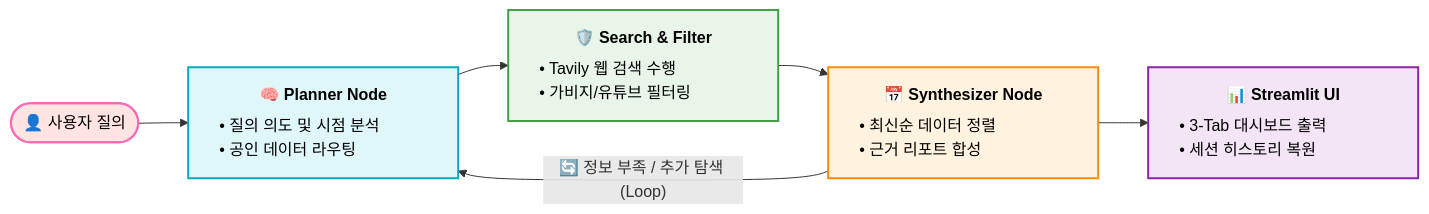
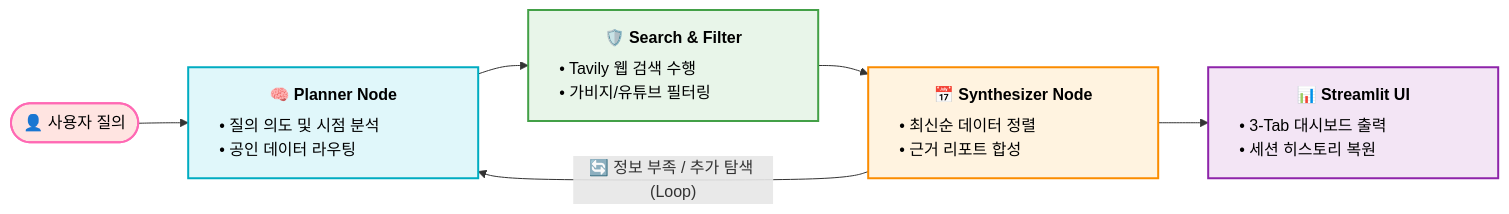
Before and after one commit to sbg990530/Document-Agent: the diagram in README.md, drawn with Mermaid.

````diff
--- a/README.md
+++ b/README.md
@@ -19,27 +19,27 @@
 ```mermaid
 graph LR
     classDef userStyle fill:#FFE4E1,stroke:#FF69B4,stroke-width:2px,color:#000;
     classDef plannerStyle fill:#E0F7FA,stroke:#00ACC1,stroke-width:2px,color:#000;
     classDef filterStyle fill:#E8F5E9,stroke:#43A047,stroke-width:2px,color:#000;
     classDef synthStyle fill:#FFF3E0,stroke:#FB8C00,stroke-width:2px,color:#000;
     classDef uiStyle fill:#F3E5F5,stroke:#8E24AA,stroke-width:2px,color:#000;
 
     A([👤 사용자 질의]):::userStyle 
     
-    B["<table style='min-width: 210px; border-collapse: collapse;'><tr><td align='center'><b>🧠 Planner Node</b></td></tr><tr><td style='border-top: 1px solid #00ACC1; padding-top: 6px; text-align: left;'>• 질의 의도 및 시점 분석<br/>• 공인 데이터 라우팅</td></tr></table>"]:::plannerStyle
+    B["<table style='min-width: 230px; border-collapse: collapse;'><tr><td align='center'><b>🧠 Planner Node</b></td></tr><tr><td style='border-top: 1px solid #00ACC1; padding-top: 6px; text-align: left;'>• 질의 의도 및 시점 분석<br/>• 공인 데이터 라우팅</td></tr></table>"]:::plannerStyle
     
-    C["<table style='min-width: 210px; border-collapse: collapse;'><tr><td align='center'><b>🛡️ Search & Filter</b></td></tr><tr><td style='border-top: 1px solid #43A047; padding-top: 6px; text-align: left;'>• Tavily 웹 검색 수행<br/>• 가비지/유튜브 필터링</td></tr></table>"]:::filterStyle
+    C["<table style='min-width: 230px; border-collapse: collapse;'><tr><td align='center'><b>🛡️ Search & Filter</b></td></tr><tr><td style='border-top: 1px solid #43A047; padding-top: 6px; text-align: left;'>• Tavily 웹 검색 수행<br/>• 가비지/유튜브 필터링</td></tr></table>"]:::filterStyle
     
-    D["<table style='min-width: 210px; border-collapse: collapse;'><tr><td align='center'><b>📅 Synthesizer Node</b></td></tr><tr><td style='border-top: 1px solid #FB8C00; padding-top: 6px; text-align: left;'>• 최신순 데이터 정렬<br/>• 근거 리포트 합성</td></tr></table>"]:::synthStyle
+    D["<table style='min-width: 230px; border-collapse: collapse;'><tr><td align='center'><b>📅 Synthesizer Node</b></td></tr><tr><td style='border-top: 1px solid #FB8C00; padding-top: 6px; text-align: left;'>• 최신순 데이터 정렬<br/>• 근거 리포트 합성</td></tr></table>"]:::synthStyle
     
-    E["<table style='min-width: 210px; border-collapse: collapse;'><tr><td align='center'><b>📊 Streamlit UI</b></td></tr><tr><td style='border-top: 1px solid #8E24AA; padding-top: 6px; text-align: left;'>• 3-Tab 대시보드 출력<br/>• 세션 히스토리 복원</td></tr></table>"]:::uiStyle
+    E["<table style='min-width: 230px; border-collapse: collapse;'><tr><td align='center'><b>📊 Streamlit UI</b></td></tr><tr><td style='border-top: 1px solid #8E24AA; padding-top: 6px; text-align: left;'>• 3-Tab 대시보드 출력<br/>• 세션 히스토리 복원</td></tr></table>"]:::uiStyle
 
     %% 정방향 파이프라인 흐름
     A --> B
     B --> C
     C --> D
     D --> E
     
     %% LangGraph 피드백 루프
     D -- "🔄 정보 부족 / 추가 탐색 (Loop)" --> B
 ```
````
